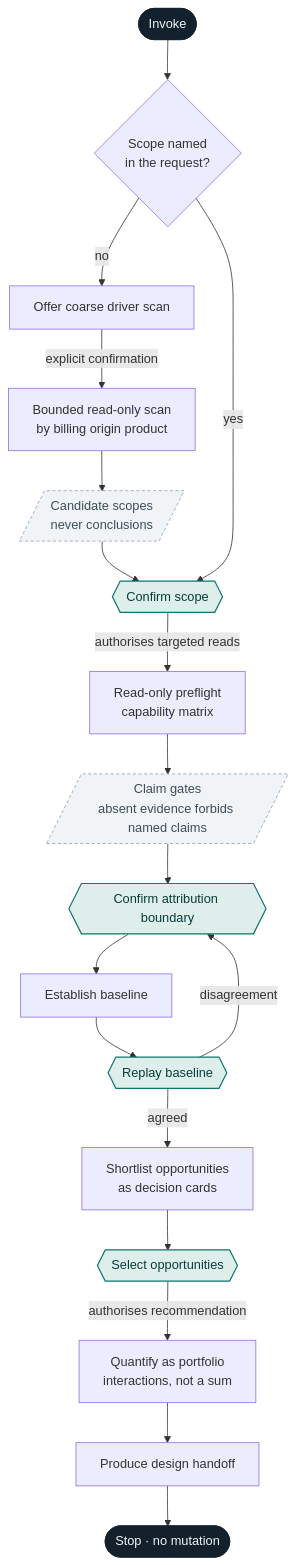
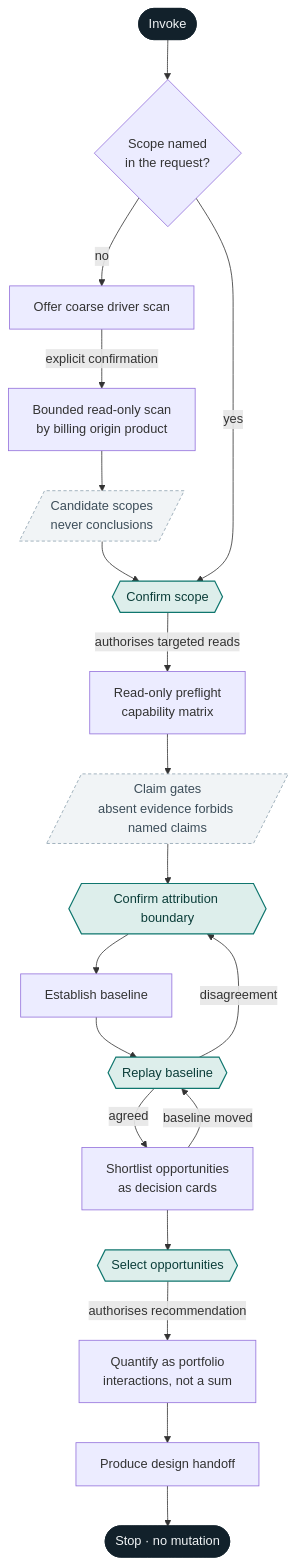
Before and after one commit to CauchyIO/ducat: the first of 2 diagrams in SKILL.md, drawn with Mermaid. The commit also changed other lines of this file, not shown here.

First line of the commit message:
Look for object evidence on the usage record, and re-arm the replay gate

````diff
--- a/SKILL.md
+++ b/SKILL.md
@@ -48,29 +48,30 @@
 ```mermaid
 flowchart TD
   START([Invoke]) --> Q{Scope named<br/>in the request?}
 
   Q -->|no| OFFER[Offer coarse driver scan]
   OFFER -->|explicit confirmation| SCAN[Bounded read-only scan<br/>by billing origin product]
   SCAN --> CAND[/Candidate scopes<br/>never conclusions/]
   CAND --> GATE
 
   Q -->|yes| GATE{{Confirm scope}}
   GATE -->|authorises targeted reads| PRE[Read-only preflight<br/>capability matrix]
   PRE --> CLAIM[/Claim gates<br/>absent evidence forbids named claims/]
   CLAIM --> ATTR{{Confirm attribution boundary}}
   ATTR --> BASE[Establish baseline]
   BASE --> REPLAY{{Replay baseline}}
   REPLAY -->|disagreement| ATTR
   REPLAY -->|agreed| SHORT[Shortlist opportunities<br/>as decision cards]
+  SHORT -->|baseline moved| REPLAY
   SHORT --> SEL{{Select opportunities}}
   SEL -->|authorises recommendation| PORT[Quantify as portfolio<br/>interactions, not a sum]
   PORT --> HAND[Produce design handoff]
   HAND --> STOP([Stop · no mutation])
 
   classDef gate fill:#DDEEEB,stroke:#0F766E,stroke-width:1.5px,color:#0B3D39;
   classDef term fill:#12212B,stroke:#12212B,color:#F1F4F6;
   classDef note fill:#F1F4F6,stroke:#8FA3B0,stroke-dasharray:4 3,color:#3D4E5A;
   class GATE,ATTR,REPLAY,SEL gate;
   class START,STOP term;
   class CAND,CLAIM note;
 ```
````
